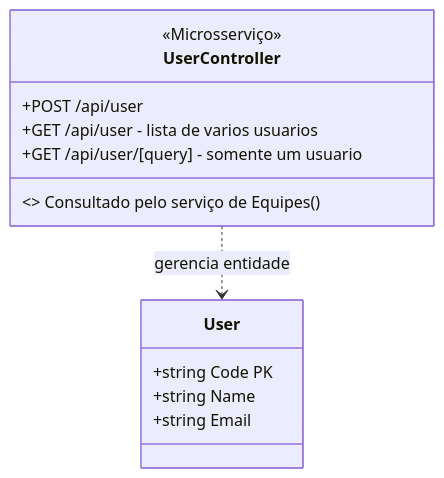
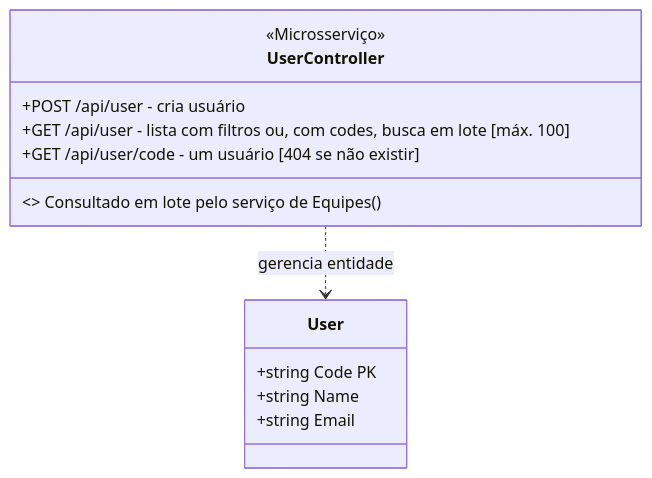
Before and after one commit to thales-vaz-sousa/Branchstorm: the second of 8 diagrams in README.md, drawn with Mermaid. The commit also changed other lines of this file and 27 other files, not shown here.

````diff
--- a/README.md
+++ b/README.md
@@ -92,18 +92,18 @@
 ```mermaid
 classDiagram
     class UserController {
         <<Microsserviço>>
-        +POST /api/user
-        +GET /api/user - lista de varios usuarios
-        +GET /api/user/[query] - somente um usuario
-        <<Integração>> Consultado pelo serviço de Equipes ()
+		+POST /api/user - cria usuário
+		+GET /api/user - lista com filtros ou, com codes, busca em lote [máx. 100]
+		+GET /api/user/code - um usuário [404 se não existir]
+		<<Integração>> Consultado em lote pelo serviço de Equipes ()
     }
 
     class User {
         +string Code PK
         +string Name
         +string Email
     }
 
     UserController ..> User : gerencia entidade
 ```
````
